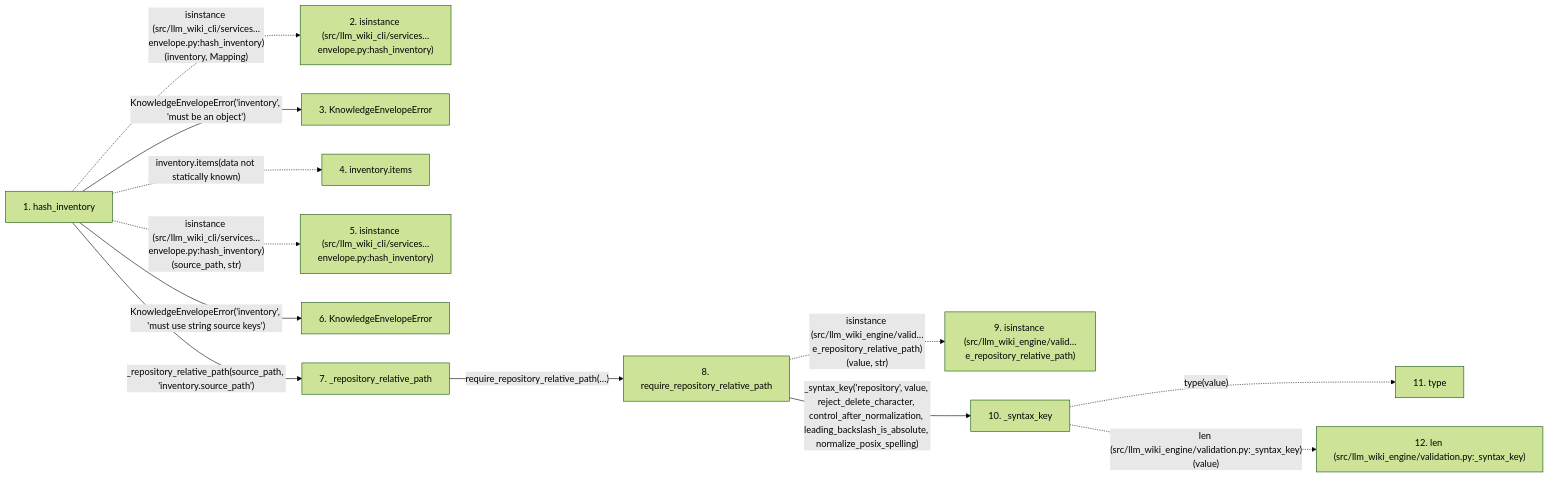
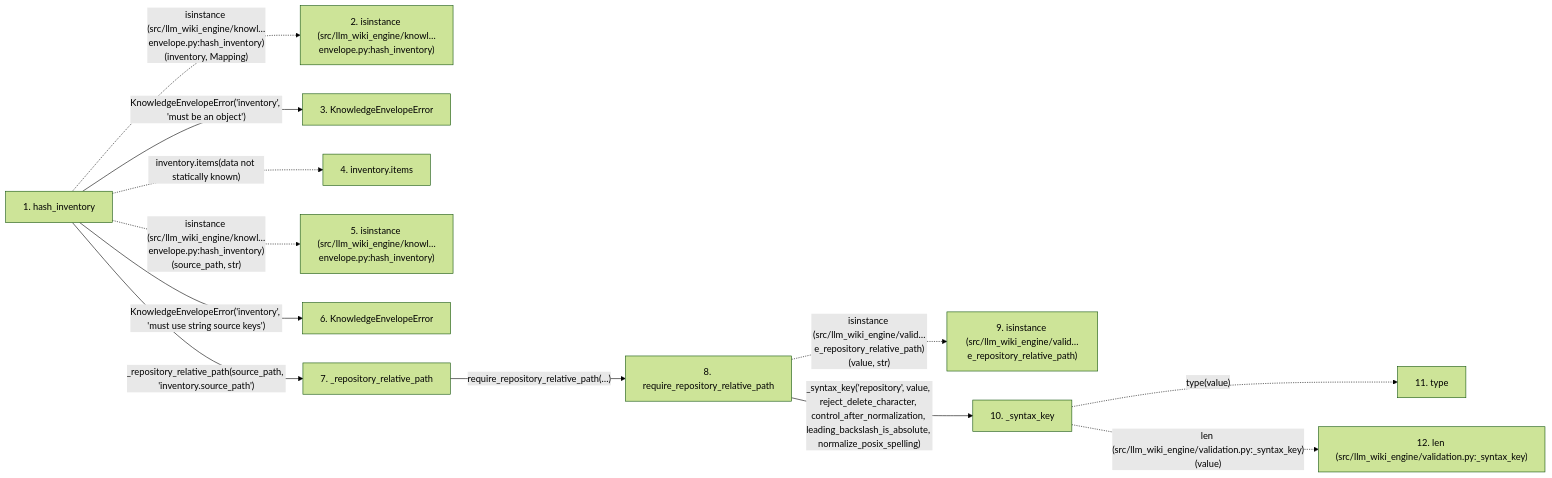
The second of 2 diagrams in docs/llm_wiki/flows/api-hash_inventory.md (Denissvgn/python-wiki-llm), drawn with Mermaid (forest theme) before and after one commit. The commit also changed other lines of this file and 1058 other files, not shown here.

````diff
--- a/docs/llm_wiki/flows/api-hash_inventory.md
+++ b/docs/llm_wiki/flows/api-hash_inventory.md
@@ -126,32 +126,32 @@
 ```mermaid
 flowchart LR
     s1["1. hash_inventory"]
-    s2["2. isinstance (src/llm_wiki_cli/services…envelope.py:hash_inventory)"]
+    s2["2. isinstance (src/llm_wiki_engine/knowl…envelope.py:hash_inventory)"]
     s3["3. KnowledgeEnvelopeError"]
     s4["4. inventory.items"]
-    s5["5. isinstance (src/llm_wiki_cli/services…envelope.py:hash_inventory)"]
+    s5["5. isinstance (src/llm_wiki_engine/knowl…envelope.py:hash_inventory)"]
     s6["6. KnowledgeEnvelopeError"]
     s7["7. _repository_relative_path"]
     s8["8. require_repository_relative_path"]
     s9["9. isinstance (src/llm_wiki_engine/valid…e_repository_relative_path)"]
     s10["10. _syntax_key"]
     s11["11. type"]
     s12["12. len (src/llm_wiki_engine/validation.py:_syntax_key)"]
-    s1 -. "isinstance (src/llm_wiki_cli/services…envelope.py:hash_inventory)(inventory, Mapping)" .-> s2
+    s1 -. "isinstance (src/llm_wiki_engine/knowl…envelope.py:hash_inventory)(inventory, Mapping)" .-> s2
     s1 -->|"KnowledgeEnvelopeError('inventory', 'must be an object')"| s3
     s1 -. "inventory.items(data not statically known)" .-> s4
-    s1 -. "isinstance (src/llm_wiki_cli/services…envelope.py:hash_inventory)(source_path, str)" .-> s5
+    s1 -. "isinstance (src/llm_wiki_engine/knowl…envelope.py:hash_inventory)(source_path, str)" .-> s5
     s1 -->|"KnowledgeEnvelopeError('inventory', 'must use string source keys')"| s6
     s1 -->|"_repository_relative_path(source_path, 'inventory.source_path')"| s7
     s7 -->|"require_repository_relative_path(…)"| s8
     s8 -. "isinstance (src/llm_wiki_engine/valid…e_repository_relative_path)(value, str)" .-> s9
     s8 -->|"_syntax_key('repository', value, reject_delete_character, control_after_normalization, leading_backslash_is_absolute, normalize_posix_spelling)"| s10
     s10 -. "type(value)" .-> s11
     s10 -. "len (src/llm_wiki_engine/validation.py:_syntax_key)(value)" .-> s12
     click s1 "../modules/knowledge_envelope.md"
     click s3 "../modules/knowledge_envelope.md"
     click s6 "../modules/knowledge_envelope.md"
     click s7 "../modules/knowledge_envelope.md"
     click s8 "../modules/validation.md"
     click s10 "../modules/validation.md"
 ```
````
